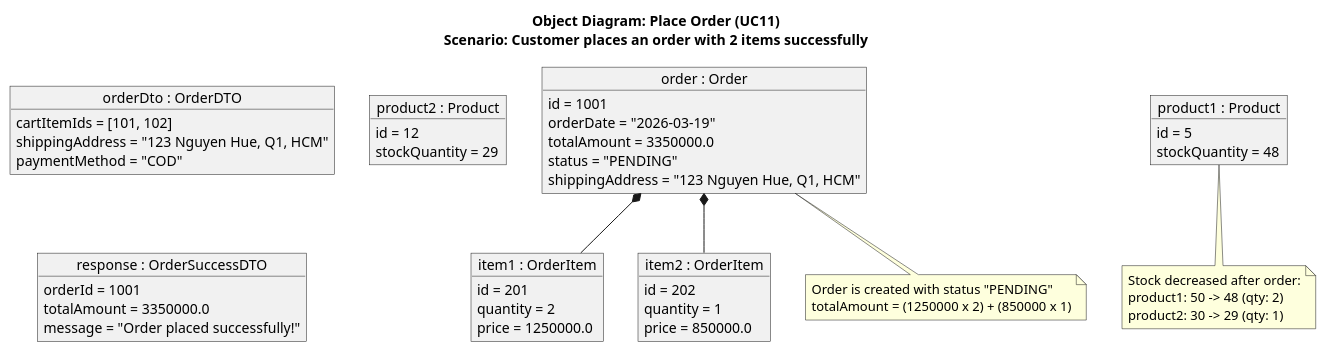
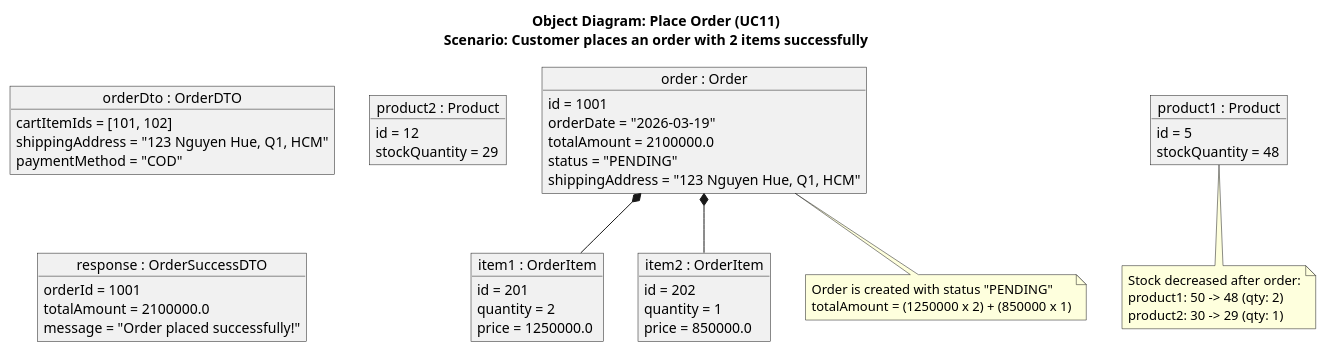
One commit to Peterdir/fashion-store-system changed the diagram in src/main/java/org/example/fashionstoresystem/uml/Object/OD11_PlaceOrder.puml. Above: the diagram before and after it, drawn with PlantUML. The commit also changed 22 other files, not shown here.

```diff
--- a/src/main/java/org/example/fashionstoresystem/uml/Object/OD11_PlaceOrder.puml
+++ b/src/main/java/org/example/fashionstoresystem/uml/Object/OD11_PlaceOrder.puml
@@ -1,66 +1,66 @@
 @startuml
 title Object Diagram: Place Order (UC11)\nScenario: Customer places an order with 2 items successfully
 
 ' DTO - Data sent from checkout form
 object "orderDto : OrderDTO" as dto {
     cartItemIds = [101, 102]
     shippingAddress = "123 Nguyen Hue, Q1, HCM"
     paymentMethod = "COD"
 }
 
 ' Entity - Order created
 object "order : Order" as order {
     id = 1001
     orderDate = "2026-03-19"
-    totalAmount = 3350000.0
+    totalAmount = 2100000.0
     status = "PENDING"
     shippingAddress = "123 Nguyen Hue, Q1, HCM"
 }
 
 ' Entity - Order Items
 object "item1 : OrderItem" as item1 {
     id = 201
     quantity = 2
     price = 1250000.0
 }
 
 object "item2 : OrderItem" as item2 {
     id = 202
     quantity = 1
     price = 850000.0
 }
 
 ' Entity - Products (stock updated)
 object "product1 : Product" as p1 {
     id = 5
     stockQuantity = 48
 }
 
 object "product2 : Product" as p2 {
     id = 12
     stockQuantity = 29
 }
 
 ' Response DTO
 object "response : OrderSuccessDTO" as res {
     orderId = 1001
-    totalAmount = 3350000.0
+    totalAmount = 2100000.0
     message = "Order placed successfully!"
 }
 
 ' Structural relationships (Order contains OrderItems)
 order *-- item1
 order *-- item2
 
 note bottom of order
     Order is created with status "PENDING"
     totalAmount = (1250000 x 2) + (850000 x 1)
 end note
 
 note bottom of p1
     Stock decreased after order:
     product1: 50 -> 48 (qty: 2)
     product2: 30 -> 29 (qty: 1)
 end note
 
 @enduml
```
